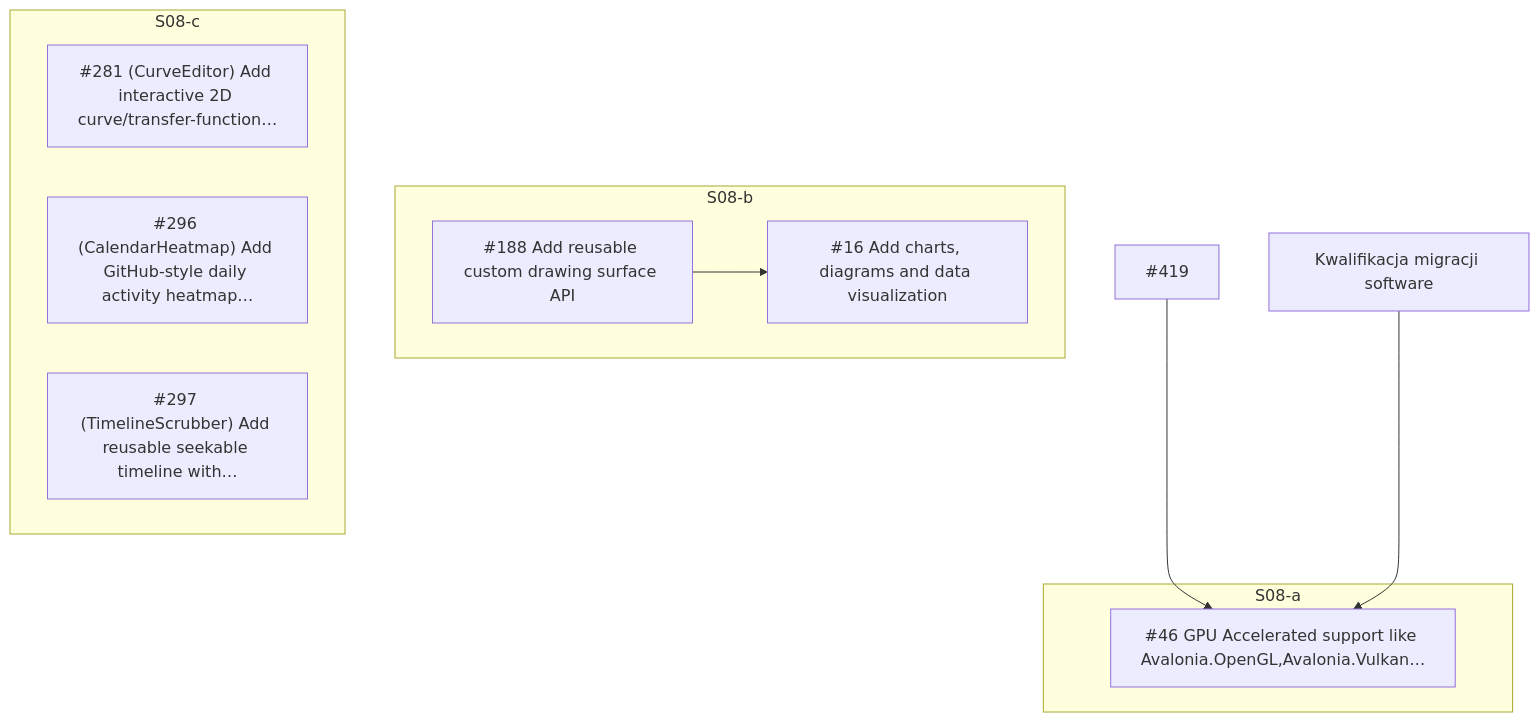
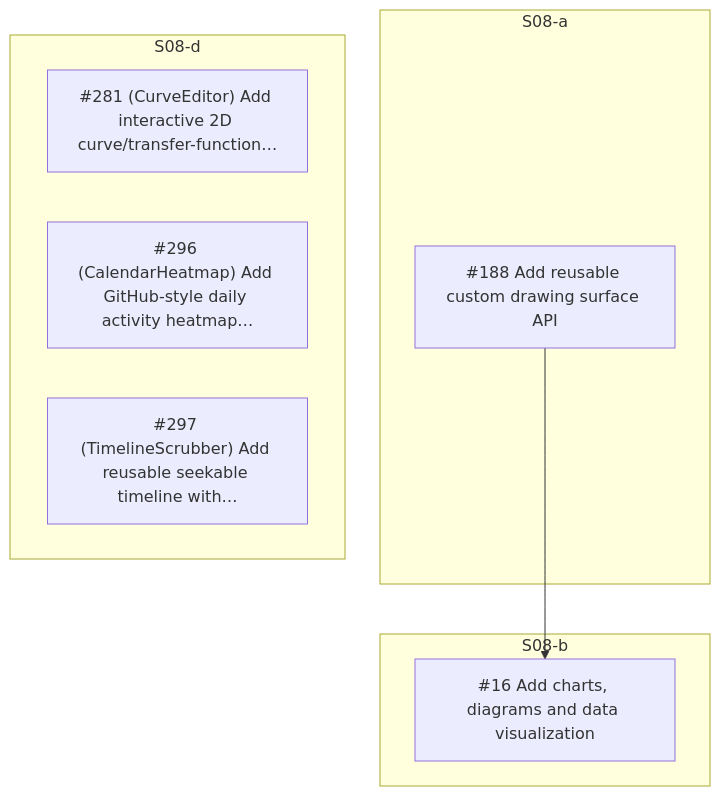
Diagram 11 of 12 in docs/development/2.0.0/DEPENDENCY-GRAPH.md (ProGraMajster/ModernFormsNext), drawn with Mermaid before and after one commit. The commit also changed other lines of this file and 8 other files, not shown here.

````diff
--- a/docs/development/2.0.0/DEPENDENCY-GRAPH.md
+++ b/docs/development/2.0.0/DEPENDENCY-GRAPH.md
@@ -594,20 +641,15 @@
 ```mermaid
 flowchart TB
   subgraph W_S08_a[S08-a]
-    I46["#46 GPU Accelerated support like Avalonia.OpenGL,Avalonia.Vulkan…"]
+    I188["#188 Add reusable custom drawing surface API"]
   end
   subgraph W_S08_b[S08-b]
-    I188["#188 Add reusable custom drawing surface API"]
     I16["#16 Add charts, diagrams and data visualization"]
   end
-  subgraph W_S08_c[S08-c]
+  subgraph W_S08_d[S08-d]
     I281["#281 (CurveEditor) Add interactive 2D curve/transfer-function…"]
     I296["#296 (CalendarHeatmap) Add GitHub-style daily activity heatmap…"]
     I297["#297 (TimelineScrubber) Add reusable seekable timeline with…"]
   end
-  I419["#419"]
-  G_software_4x["Kwalifikacja migracji software"]
   I188 --> I16
-  I419 --> I46
-  G_software_4x --> I46
 ```
````
